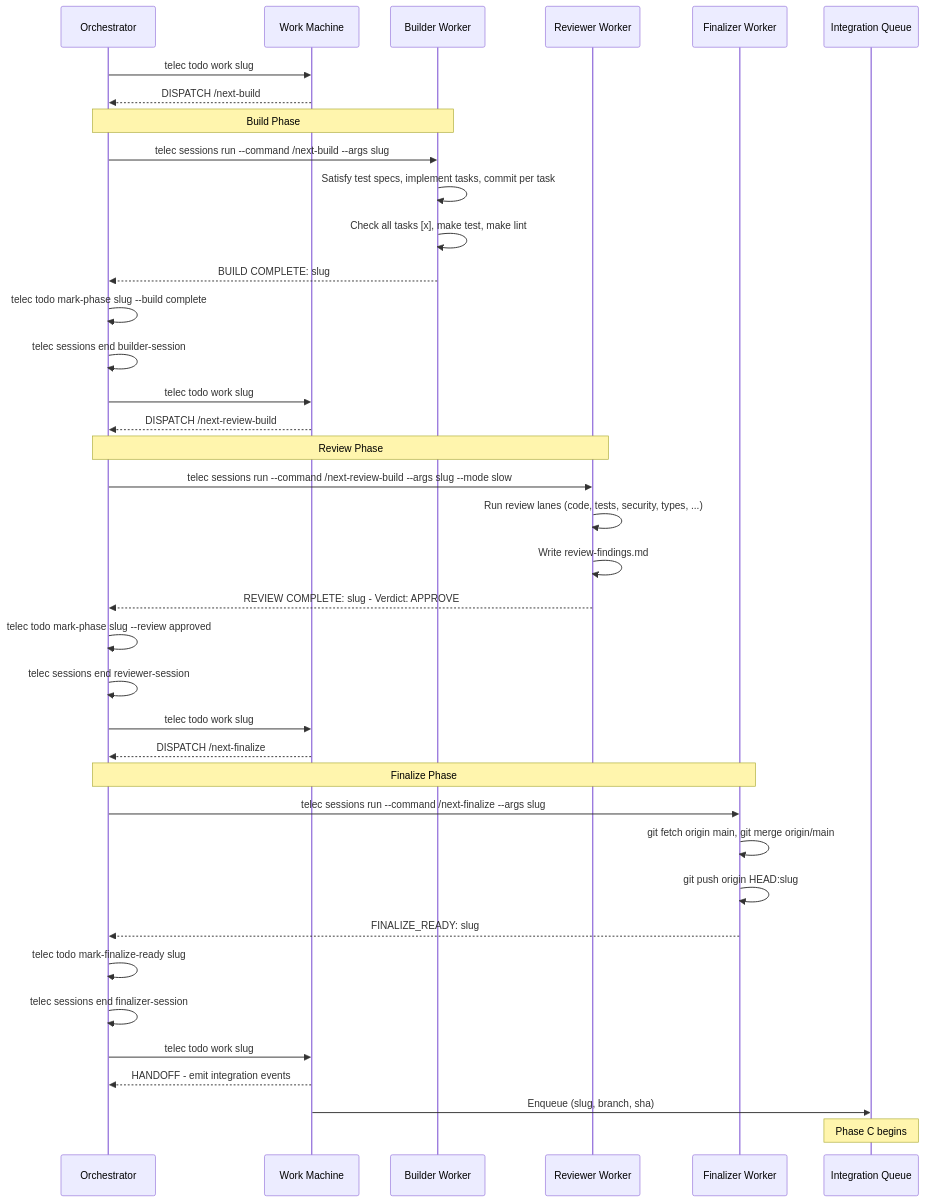
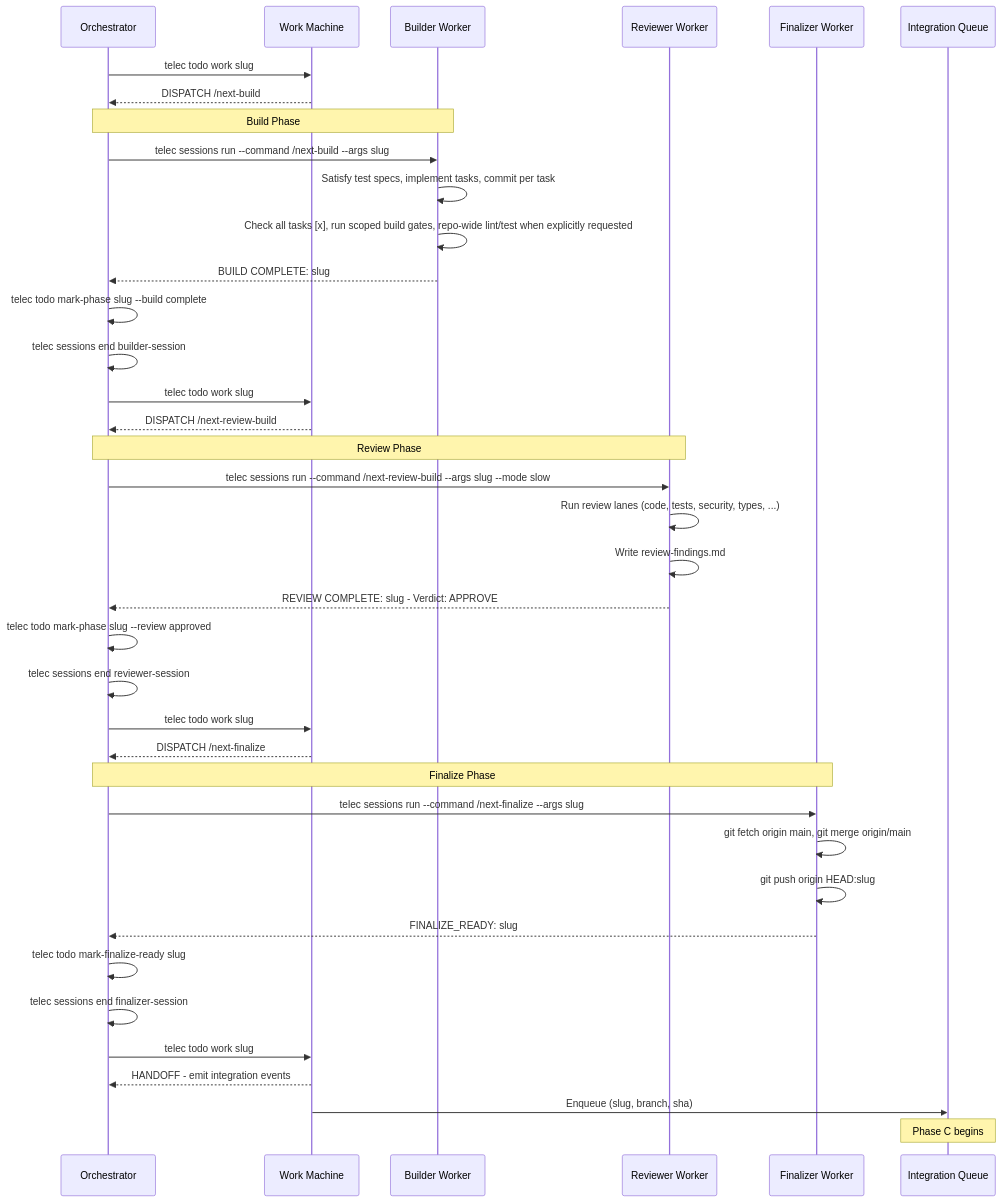
One commit to InstruktAI/TeleClaude changed the fourth of 5 diagrams in docs/project/design/architecture/work-state-machine.md. Above: the diagram before and after it, drawn with Mermaid. The commit also changed other lines of this file and 14 other files, not shown here.

Commit message:
refactor(quality): make lint and test repo-wide

````diff
--- a/docs/project/design/architecture/work-state-machine.md
+++ b/docs/project/design/architecture/work-state-machine.md
@@ -189,47 +189,47 @@
 ```mermaid
 sequenceDiagram
     participant O as Orchestrator
     participant SM as Work Machine
     participant B as Builder Worker
     participant R as Reviewer Worker
     participant F as Finalizer Worker
     participant I as Integration Queue
 
     O->>SM: telec todo work slug
     SM-->>O: DISPATCH /next-build
 
     Note over O,B: Build Phase
     O->>B: telec sessions run --command /next-build --args slug
     B->>B: Satisfy test specs, implement tasks, commit per task
-    B->>B: Check all tasks [x], make test, make lint
+    B->>B: Check all tasks [x], run scoped build gates, repo-wide lint/test when explicitly requested
     B-->>O: BUILD COMPLETE: slug
     O->>O: telec todo mark-phase slug --build complete
     O->>O: telec sessions end builder-session
 
     O->>SM: telec todo work slug
     SM-->>O: DISPATCH /next-review-build
 
     Note over O,R: Review Phase
     O->>R: telec sessions run --command /next-review-build --args slug --mode slow
     R->>R: Run review lanes (code, tests, security, types, ...)
     R->>R: Write review-findings.md
     R-->>O: REVIEW COMPLETE: slug - Verdict: APPROVE
     O->>O: telec todo mark-phase slug --review approved
     O->>O: telec sessions end reviewer-session
 
     O->>SM: telec todo work slug
     SM-->>O: DISPATCH /next-finalize
 
     Note over O,F: Finalize Phase
     O->>F: telec sessions run --command /next-finalize --args slug
     F->>F: git fetch origin main, git merge origin/main
     F->>F: git push origin HEAD:slug
     F-->>O: FINALIZE_READY: slug
     O->>O: telec todo mark-finalize-ready slug
     O->>O: telec sessions end finalizer-session
 
     O->>SM: telec todo work slug
     SM-->>O: HANDOFF - emit integration events
     SM->>I: Enqueue (slug, branch, sha)
     Note over I: Phase C begins
 ```
````
